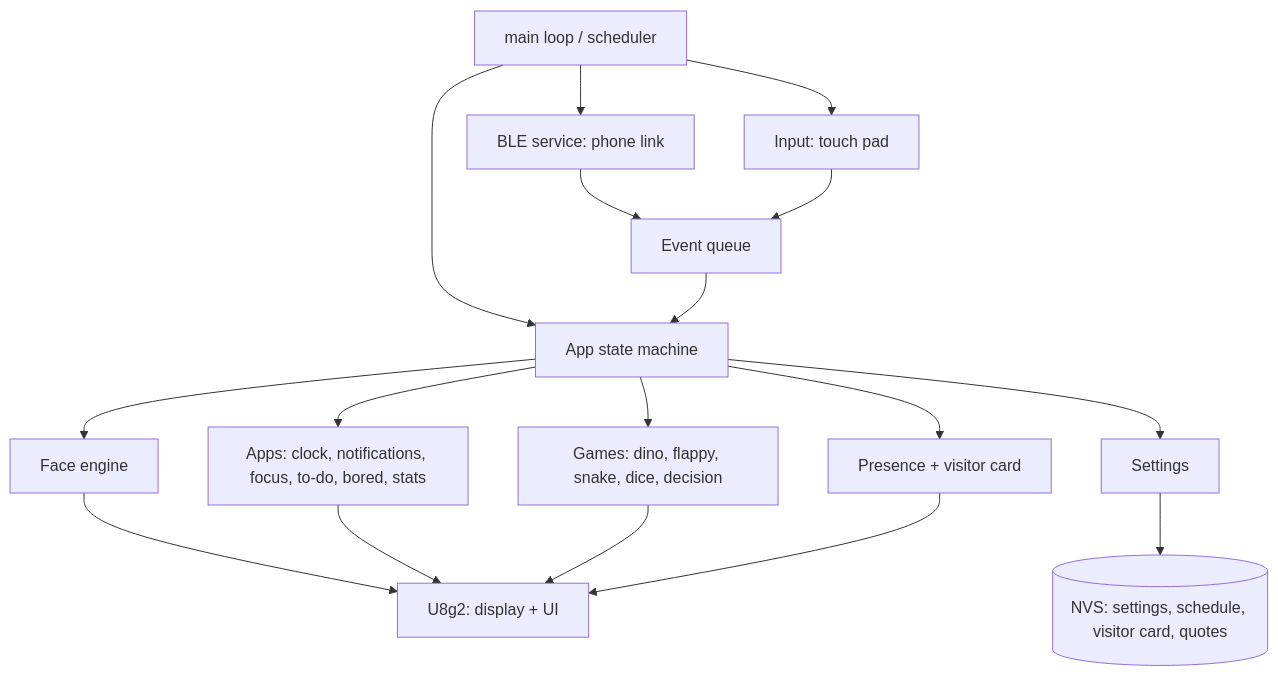
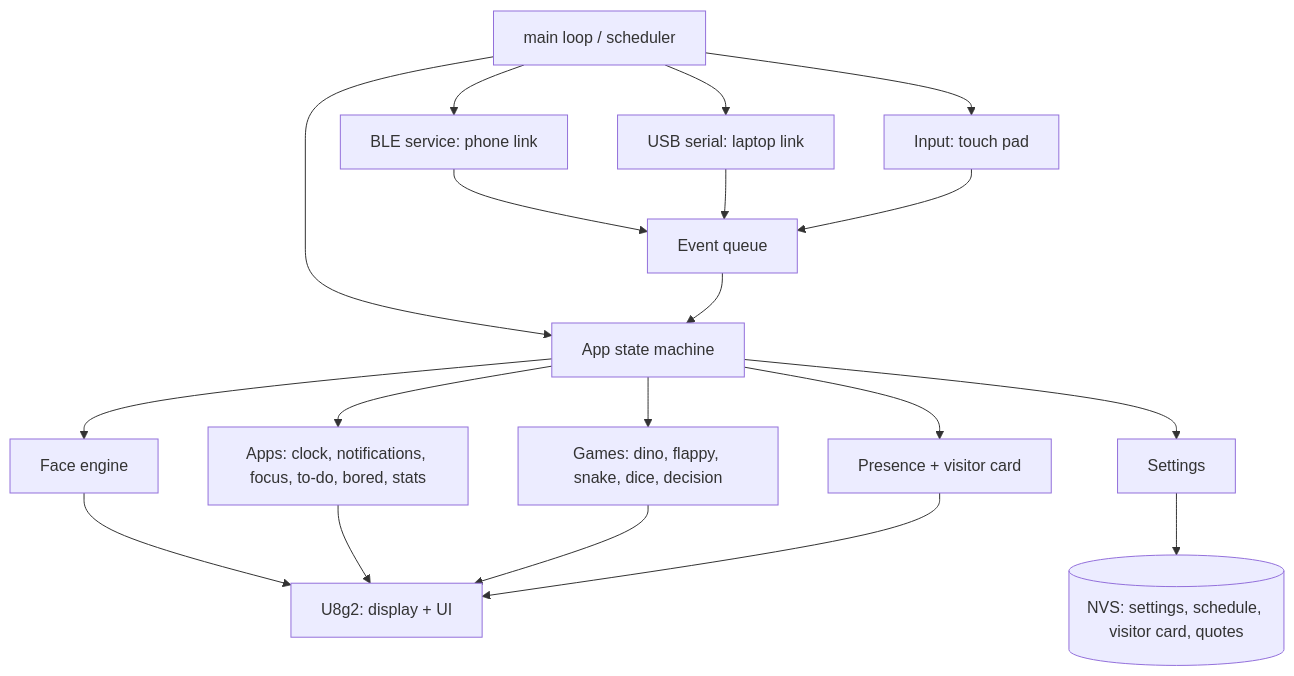
The third of 3 diagrams in README.md (binarymaker/smart_desk_bot), drawn with Mermaid before and after one commit. The commit also changed other lines of this file and 1 other file, not shown here.

````diff
--- a/README.md
+++ b/README.md
@@ -415,19 +548,21 @@
 ```mermaid
 flowchart TD
     main[main loop / scheduler] --> input[Input: touch pad]
     main --> ble[BLE service: phone link]
+    main --> usb[USB serial: laptop link]
     main --> sm[App state machine]
     sm --> face[Face engine]
     sm --> apps[Apps: clock, notifications, focus, to-do, bored, stats]
     sm --> games[Games: dino, flappy, snake, dice, decision]
     sm --> visitor[Presence + visitor card]
     sm --> settings[Settings]
     face --> disp[U8g2: display + UI]
     apps --> disp
     games --> disp
     visitor --> disp
     ble --> events[Event queue]
+    usb --> events
     input --> events
     events --> sm
     settings --> nvs[(NVS: settings, schedule, visitor card, quotes)]
 ```
````
